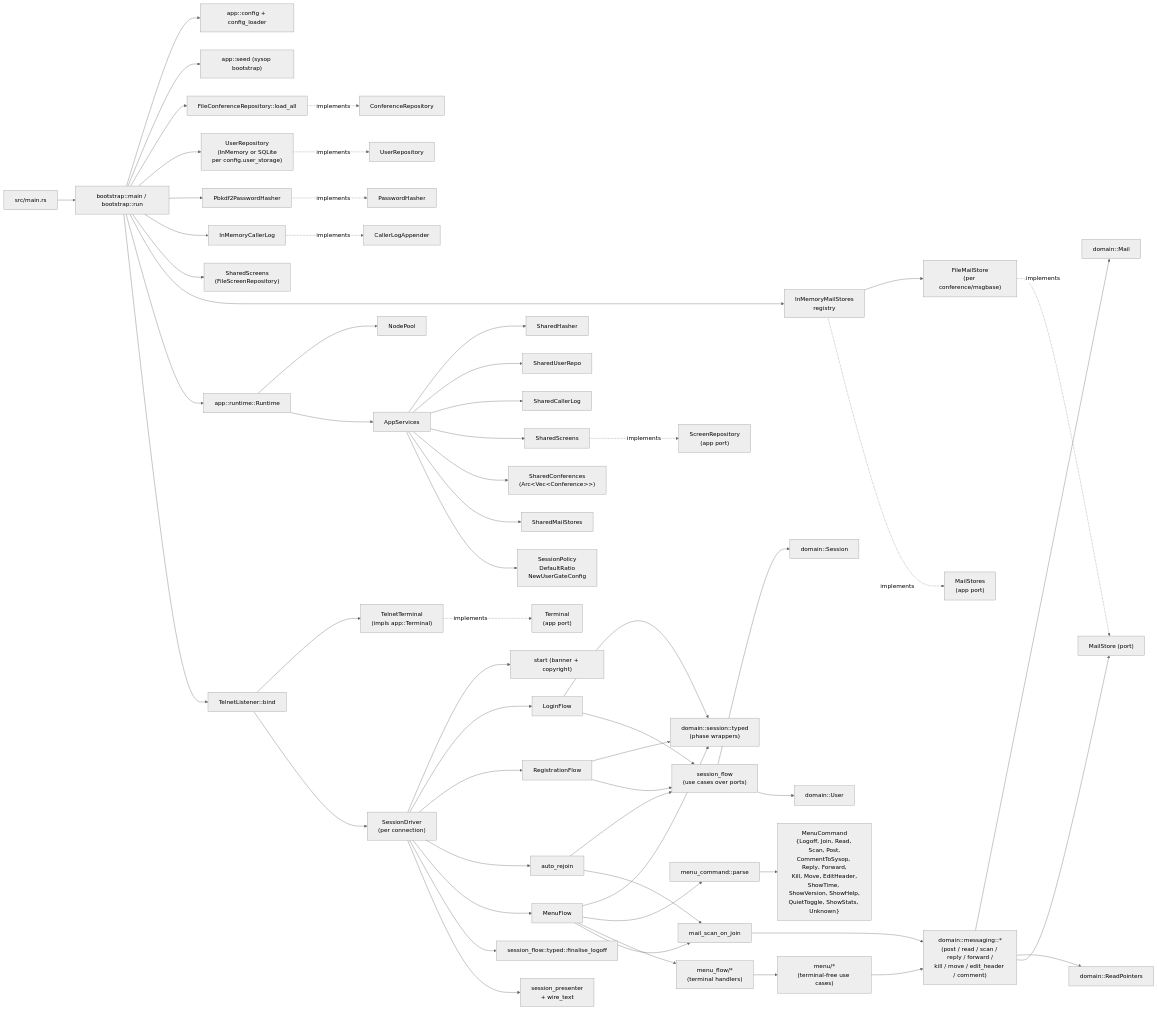
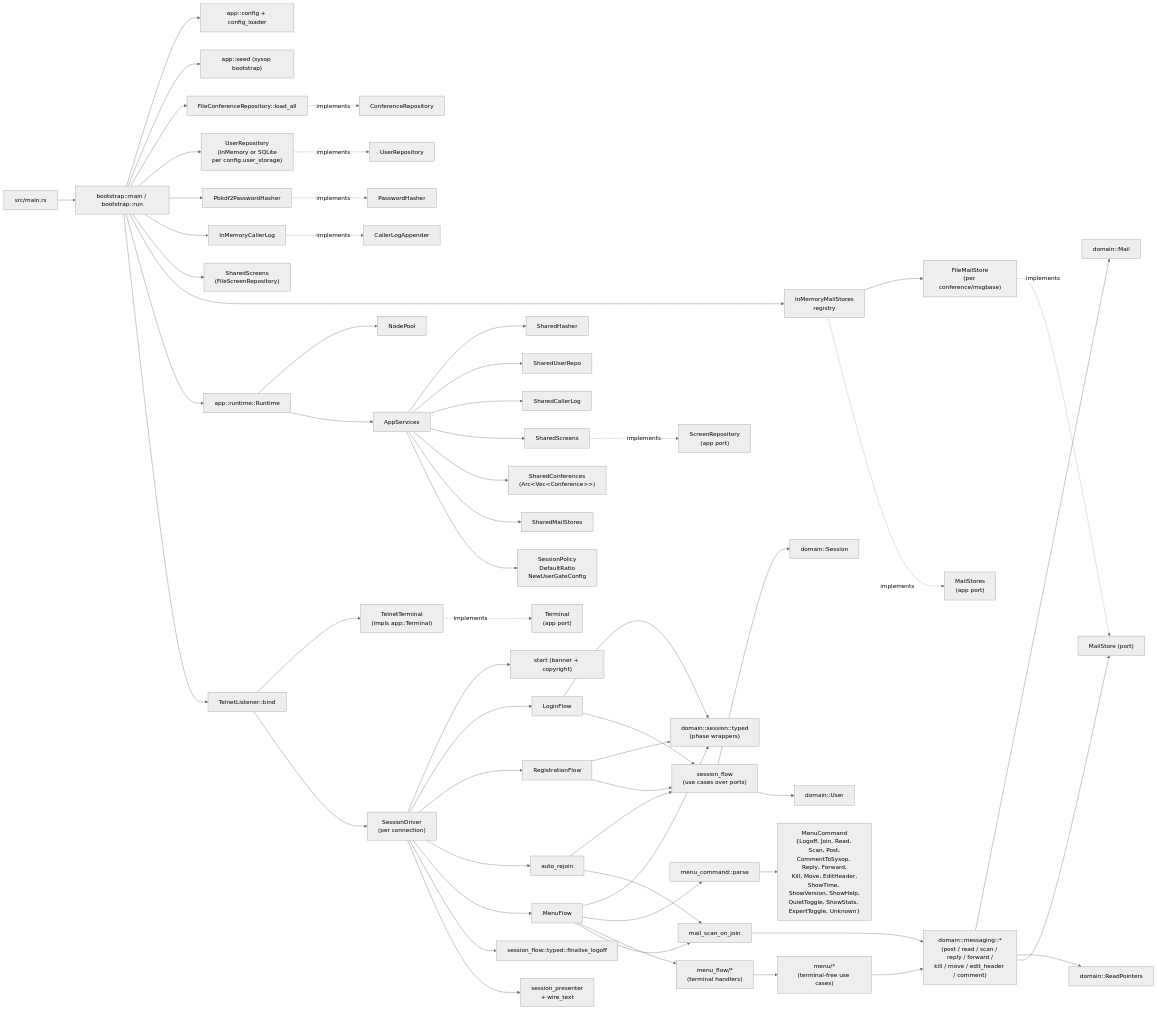
The diagram in SYSTEM.md (pingles/nextexpress), drawn with Mermaid (neutral theme) before and after one commit. The commit also changed other lines of this file and 9 other files, not shown here.

````diff
--- a/SYSTEM.md
+++ b/SYSTEM.md
@@ -90,70 +90,70 @@
 ```mermaid
 flowchart LR
     Main["src/main.rs"] --> AppRun["bootstrap::main / bootstrap::run"]
 
     AppRun --> Config["app::config + config_loader"]
     AppRun --> Seed["app::seed (sysop bootstrap)"]
     AppRun --> ConfRepo["FileConferenceRepository::load_all"]
     AppRun --> UserRepo["UserRepository\n(InMemory or SQLite\nper config.user_storage)"]
     AppRun --> Hasher["Pbkdf2PasswordHasher"]
     AppRun --> CallerLog["InMemoryCallerLog"]
     AppRun --> Screens["SharedScreens\n(FileScreenRepository)"]
     AppRun --> MailRegistry["InMemoryMailStores\nregistry"]
     MailRegistry --> FileMailStore["FileMailStore\n(per conference/msgbase)"]
 
     AppRun --> Runtime["app::runtime::Runtime"]
     Runtime --> NodePool["NodePool"]
     Runtime --> Services["AppServices"]
 
     Services --> Sharedhasher["SharedHasher"]
     Services --> SharedRepo["SharedUserRepo"]
     Services --> SharedLog["SharedCallerLog"]
     Services --> SharedScreens
     Services --> SharedConfs["SharedConferences\n(Arc&lt;Vec&lt;Conference&gt;&gt;)"]
     Services --> SharedMail["SharedMailStores"]
     Services --> Policy["SessionPolicy\nDefaultRatio\nNewUserGateConfig"]
 
     AppRun --> Telnet["TelnetListener::bind"]
     Telnet --> Terminal["TelnetTerminal\n(impls app::Terminal)"]
     Telnet --> Driver["SessionDriver\n(per connection)"]
 
     Driver --> Start["start (banner + copyright)"]
     Driver --> Login["LoginFlow"]
     Driver --> Registration["RegistrationFlow"]
     Driver --> AutoRejoin["auto_rejoin"]
     Driver --> Menu["MenuFlow"]
     Driver --> Finalise["session_flow::typed::finalise_logoff"]
 
     Login --> Typed["domain::session::typed\n(phase wrappers)"]
     Registration --> Typed
     Menu --> Typed
     Login --> SF["session_flow\n(use cases over ports)"]
     Registration --> SF
     AutoRejoin --> SF
     Driver --> Presenter["session_presenter\n+ wire_text"]
 
     Menu --> Parse["menu_command::parse"]
-    Parse --> Cmds["MenuCommand\n{Logoff, Join, Read, Scan, Post,\nCommentToSysop, Reply, Forward,\nKill, Move, EditHeader,\nShowTime, ShowVersion, ShowHelp,\nQuietToggle, ShowStats, Unknown}"]
+    Parse --> Cmds["MenuCommand\n{Logoff, Join, Read, Scan, Post,\nCommentToSysop, Reply, Forward,\nKill, Move, EditHeader,\nShowTime, ShowVersion, ShowHelp,\nQuietToggle, ShowStats, ExpertToggle, Unknown}"]
     Menu --> MenuFlowHandlers["menu_flow/*\n(terminal handlers)"]
     MenuFlowHandlers --> MenuUseCases["menu/*\n(terminal-free use cases)"]
 
     MenuUseCases --> Rules["domain::messaging::*\n(post / read / scan / reply / forward /\nkill / move / edit_header / comment)"]
     AutoRejoin --> ScanOnJoin["mail_scan_on_join"]
     Menu --> ScanOnJoin
     ScanOnJoin --> Rules
 
     Rules --> Mail["domain::Mail"]
     Rules --> Pointers["domain::ReadPointers"]
     Rules --> MailPort["MailStore (port)"]
     SF --> DomainSession["domain::Session"]
     SF --> DomainUser["domain::User"]
 
     ConfRepo -.implements.-> ConfPort["ConferenceRepository"]
     UserRepo -.implements.-> UserPort["UserRepository"]
     Hasher -.implements.-> HasherPort["PasswordHasher"]
     CallerLog -.implements.-> LogPort["CallerLogAppender"]
     SharedScreens -.implements.-> ScreenPort["ScreenRepository\n(app port)"]
     MailRegistry -.implements.-> MailRegistryPort["MailStores\n(app port)"]
     FileMailStore -.implements.-> MailPort
     Terminal -.implements.-> TermPort["Terminal\n(app port)"]
 ```
````
